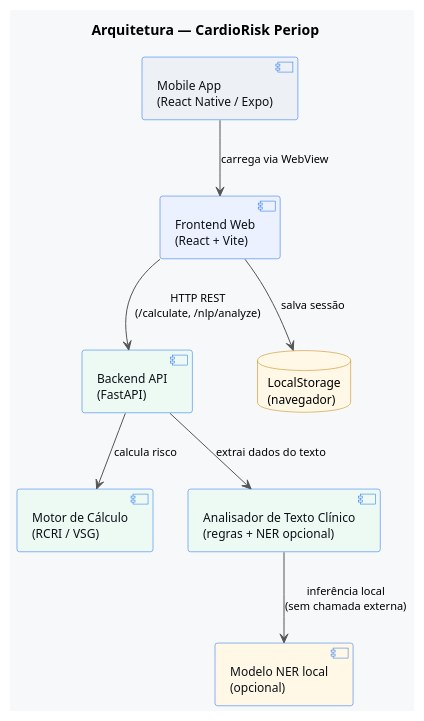
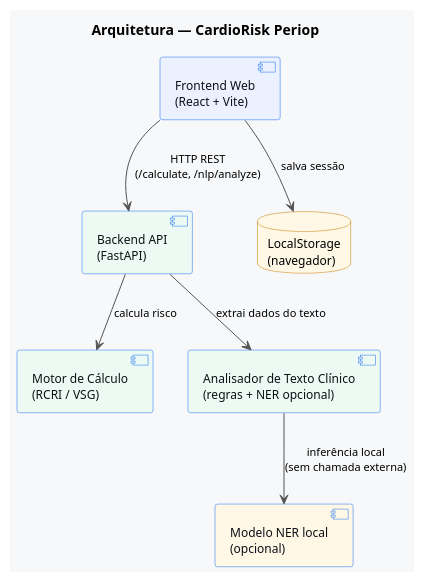
The diagram in diagramas/architecture.puml (GustavoFrossard/Cardio-Risk-Calc), drawn with PlantUML before and after one commit. The commit also changed 27 other files, not shown here.

First line of the commit message:
Drop the Expo mobile app and refresh the diagrams

```diff
--- a/diagramas/architecture.puml
+++ b/diagramas/architecture.puml
@@ -1,37 +1,35 @@
 @startuml CardioRisk_Arquitetura
 title Arquitetura — CardioRisk Periop
 
 skinparam backgroundColor #F7F8FA
 skinparam defaultFontName Segoe UI
 skinparam defaultFontSize 12
 
 skinparam component {
   BorderColor       #1A6BF0
   BackgroundColor   #EBF1FE
   FontColor         #0D1117
 }
 
 skinparam database {
   BorderColor       #C47A00
   BackgroundColor   #FFF8E6
 }
 
 skinparam ArrowColor  #555555
 skinparam ArrowFontSize 11
 
-[Mobile App\n(React Native / Expo)]        as mobile    #EDF0F5
 [Frontend Web\n(React + Vite)]             as frontend  #EBF1FE
 [Backend API\n(FastAPI)]                   as api       #EDFAF4
 [Motor de Cálculo\n(RCRI / VSG)]           as calc      #EDFAF4
 [Analisador de Texto Clínico\n(regras + NER opcional)] as nlp #EDFAF4
 [Modelo NER local\n(opcional)]             as ner       #FFF8E6
 database "LocalStorage\n(navegador)"       as ls        #FFF8E6
 
-mobile    --> frontend : carrega via WebView
 frontend  --> api      : HTTP REST\n(/calculate, /nlp/analyze)
 frontend  --> ls       : salva sessão
 api       --> calc     : calcula risco
 api       --> nlp      : extrai dados do texto
 nlp       --> ner      : inferência local\n(sem chamada externa)
 
 @enduml
```
